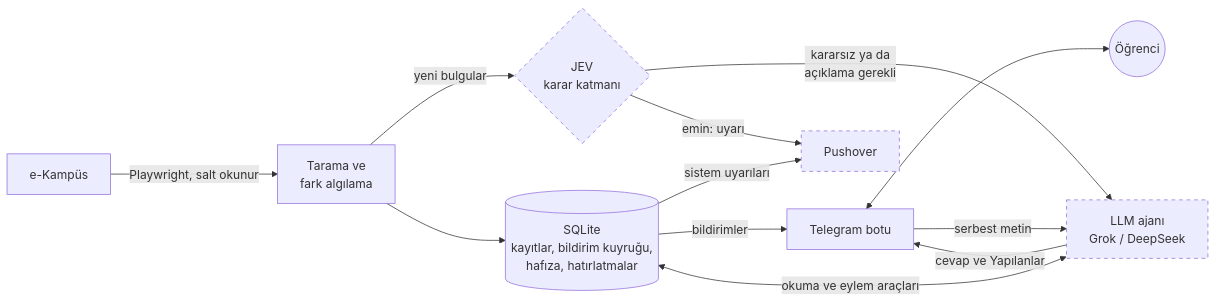
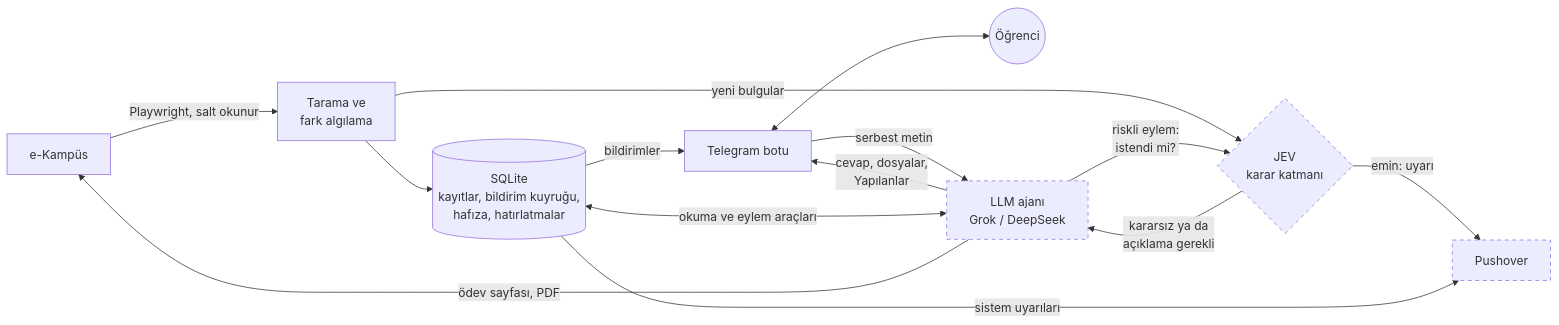
The diagram in README.md (EmirKurt09/adhd_products), drawn with Mermaid before and after one commit. The commit also changed other lines of this file, not shown here.

First line of the commit message:
README: ajanın yeni yetenekleri, eylem kontrolü ve güncel mimari şema

````diff
--- a/README.md
+++ b/README.md
@@ -37,16 +38,18 @@
 ```mermaid
 flowchart LR
     S[e-Kampüs] -->|Playwright, salt okunur| T[Tarama ve<br/>fark algılama]
     T --> DB[(SQLite<br/>kayıtlar, bildirim kuyruğu,<br/>hafıza, hatırlatmalar)]
     DB -->|bildirimler| TG[Telegram botu]
     TG <--> U((Öğrenci))
     T -->|yeni bulgular| J{JEV<br/>karar katmanı}
     J -->|emin: uyarı| PO[Pushover]
     J -->|kararsız ya da<br/>açıklama gerekli| A
     TG -->|serbest metin| A[LLM ajanı<br/>Grok / DeepSeek]
-    A -->|cevap ve Yapılanlar| TG
+    A -->|cevap, dosyalar,<br/>Yapılanlar| TG
     A <-->|okuma ve eylem araçları| DB
+    A -->|riskli eylem:<br/>istendi mi?| J
+    A -->|ödev sayfası, PDF| S
     DB -->|sistem uyarıları| PO
     classDef optional stroke-dasharray: 5 5
     class J,A,PO optional
 ```
````
